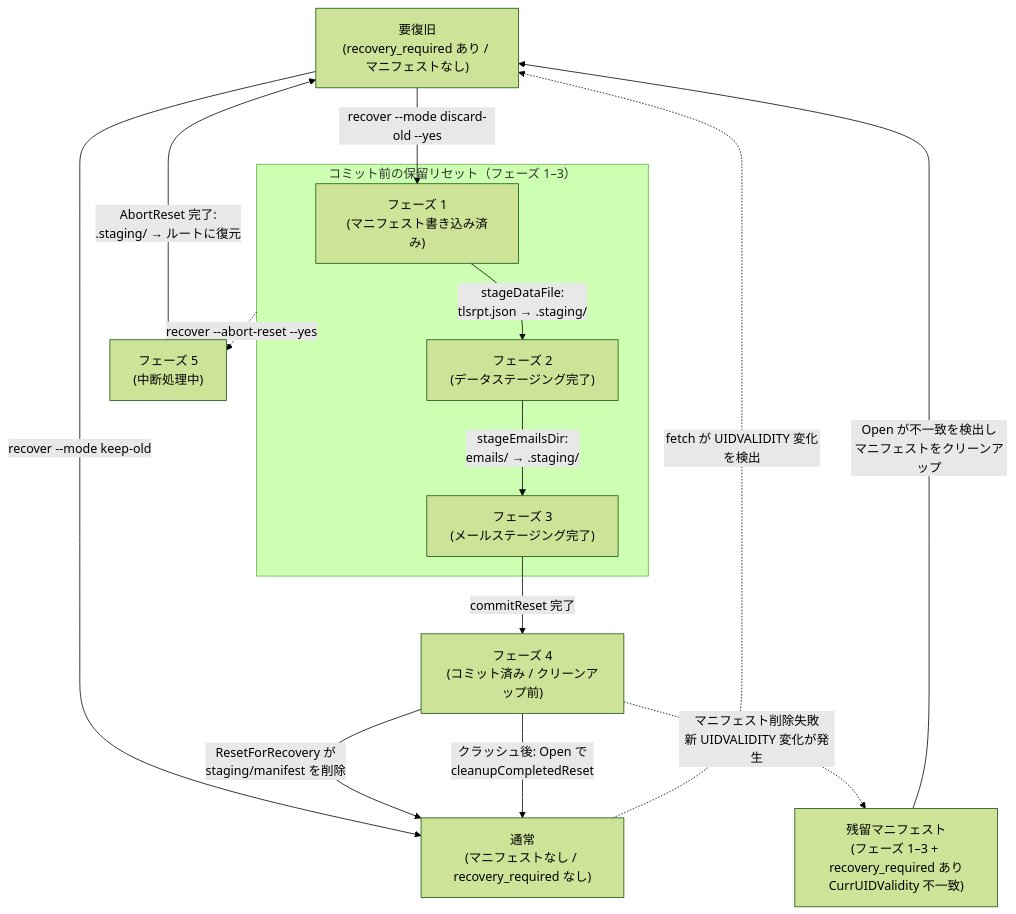
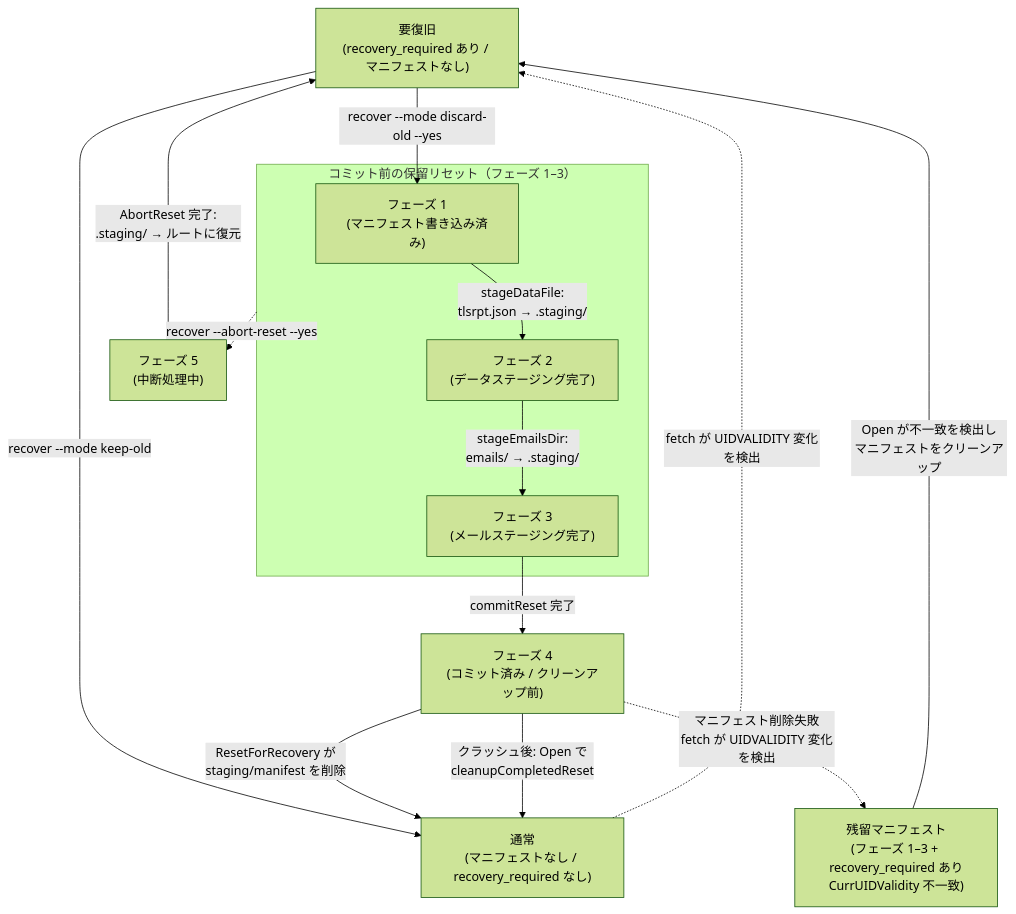
One commit to isseis/tlsrpt-digest changed the diagram in docs/dev/adr/0003_reset_phase_design.ja.md. Above: the diagram before and after it, drawn with Mermaid (forest theme).

Commit message:
docs(adr): use 'fetch が UIDVALIDITY 変化を検出' on P4→StaleM arrow
Adopt Case A label: same wording as the Normal→RR arrow, making it
clear that the trigger is fetch detecting a UIDVALIDITY change.
The P4 origin already implies the manifest was not cleaned up.

````diff
--- a/docs/dev/adr/0003_reset_phase_design.ja.md
+++ b/docs/dev/adr/0003_reset_phase_design.ja.md
@@ -89,28 +89,28 @@
 ```mermaid
 flowchart TD
     RR["要復旧<br>(recovery_required あり / マニフェストなし)"]
     P5["フェーズ 5<br>(中断処理中)"]
 
     subgraph PendingReset["コミット前の保留リセット（フェーズ 1–3）"]
         P1["フェーズ 1<br>(マニフェスト書き込み済み)"]
         P2["フェーズ 2<br>(データステージング完了)"]
         P3["フェーズ 3<br>(メールステージング完了)"]
     end
 
     P4["フェーズ 4<br>(コミット済み / クリーンアップ前)"]
     StaleM["残留マニフェスト<br>(フェーズ 1–3 + recovery_required あり<br>CurrUIDValidity 不一致)"]
     Normal["通常<br>(マニフェストなし / recovery_required なし)"]
 
     RR -->|"recover --mode keep-old"| Normal
     RR -->|"recover --mode discard-old --yes"| P1
     P1 -->|"stageDataFile:<br>tlsrpt.json → .staging/"| P2
     P2 -->|"stageEmailsDir:<br>emails/ → .staging/"| P3
     P3 -->|"commitReset 完了"| P4
-    P4 -.->|"マニフェスト削除失敗<br>新 UIDVALIDITY 変化が発生"| StaleM
+    P4 -.->|"マニフェスト削除失敗<br>fetch が UIDVALIDITY 変化を検出"| StaleM
     P4 -->|"ResetForRecovery が<br>staging/manifest を削除"| Normal
     P4 -->|"クラッシュ後: Open で<br>cleanupCompletedReset"| Normal
     StaleM -->|"Open が不一致を検出し<br>マニフェストをクリーンアップ"| RR
     PendingReset -.->|"recover --abort-reset --yes"| P5
     P5 -->|"AbortReset 完了:<br>.staging/ → ルートに復元"| RR
     Normal -.->|"fetch が UIDVALIDITY 変化を検出"| RR
 ```
````
